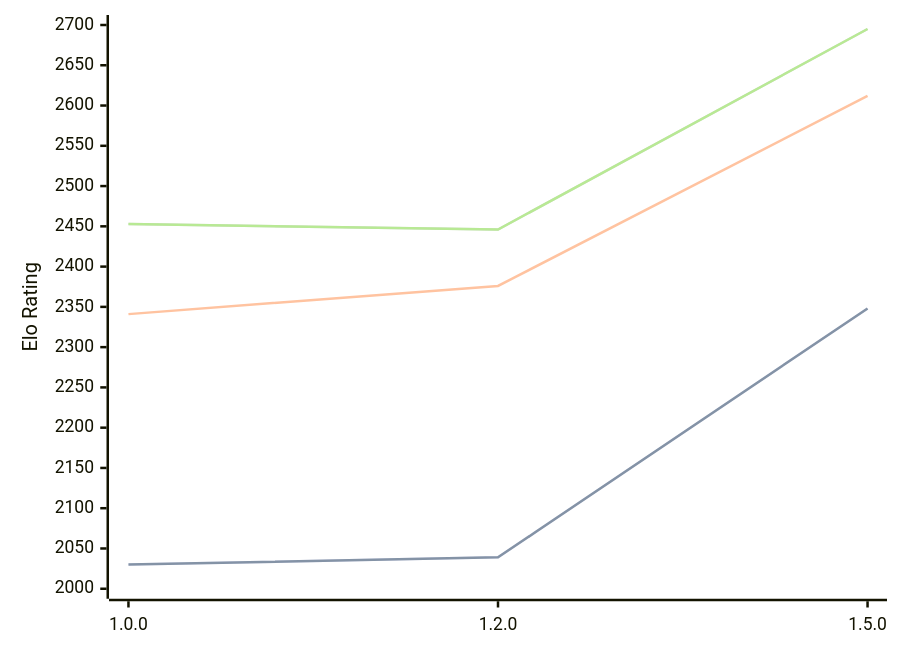
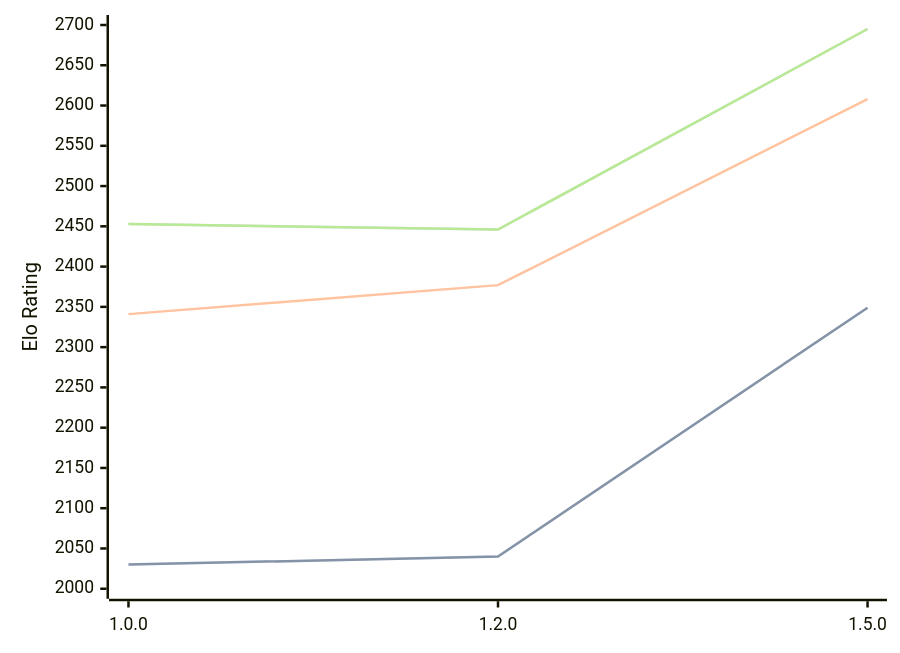
One commit to computer-chess-index/cci changed the first of 3 diagrams in engines/Basilisk.md. Above: the diagram before and after it, drawn with Mermaid. The commit also changed other lines of this file, not shown here.

````diff
--- a/engines/Basilisk.md
+++ b/engines/Basilisk.md
@@ -48,11 +48,11 @@
 ```mermaid
 %%{init: {"theme":"base","themeVariables":{"seriesColors:['#a3a3a3','#222221','#faa371']}}}%%
 xychart-beta
   x-axis ["1.0.0", "1.2.0", "1.5.0"]
   y-axis "Elo Rating" 2000 --> 2700
-  line "STC (8.0+0.08s)" [2030, 2039, 2348]
-  line "STC (8.0+0.08s)" [2030, 2039, 2348]
-  line "LTC (60.0+0.60s)" [2341, 2376, 2612]
+  line "STC (8.0+0.08s)" [2030, 2040, 2349]
+  line "STC (8.0+0.08s)" [2030, 2040, 2349]
+  line "LTC (60.0+0.60s)" [2341, 2377, 2608]
   line "VLTC (2m24s+1.12s)" [2453, 2446, 2695]
   line "VLTC (2m24s+1.12s)" [2453, 2446, 2695]
 ```
````
